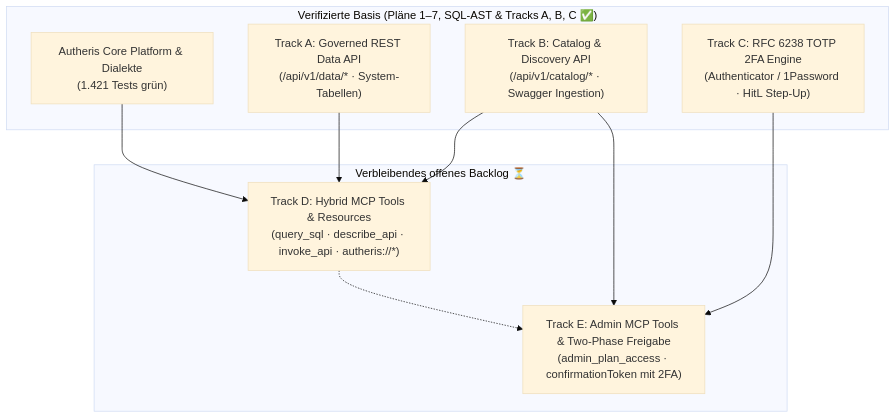
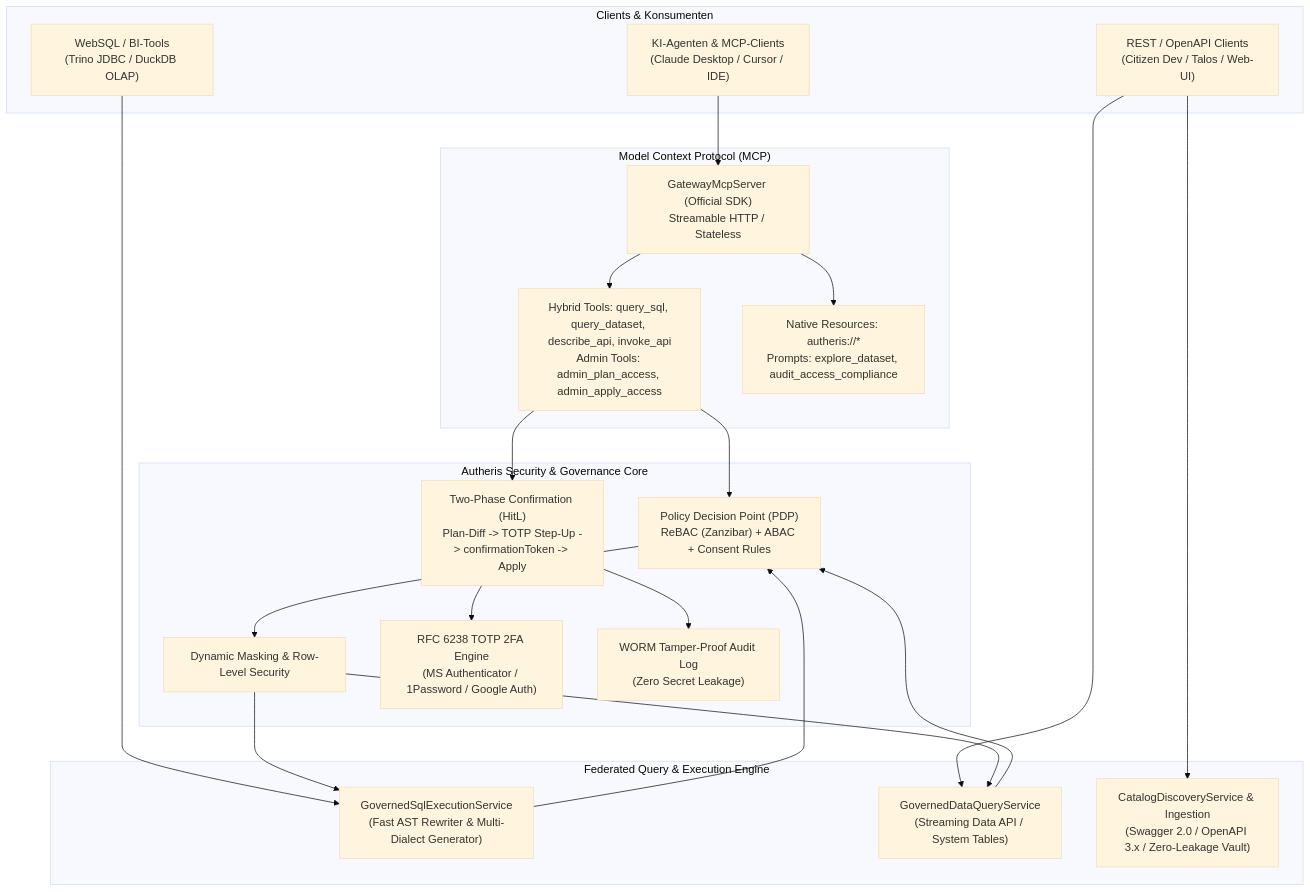
Before and after one commit to themulle/autheris: the diagram in docs/plans/00-gesamtplan-uebersicht.md, drawn with Mermaid (base theme). The commit also changed other lines of this file, not shown here.

Commit message:
docs(plans): mark Plan 8 (Tracks A through E) 100% completed in overview

````diff
--- a/docs/plans/00-gesamtplan-uebersicht.md
+++ b/docs/plans/00-gesamtplan-uebersicht.md
@@ -48,21 +46,46 @@
 ```mermaid
 flowchart TD
-    subgraph Baseline["Verifizierte Basis (Pläne 1–7, SQL-AST & Tracks A, B, C ✅)"]
-        CORE["Autheris Core Platform & Dialekte<br/>(1.421 Tests grün)"]
-        DATA_API["Track A: Governed REST Data API<br/>(/api/v1/data/* · System-Tabellen)"]
-        CATALOG["Track B: Catalog & Discovery API<br/>(/api/v1/catalog/* · Swagger Ingestion)"]
-        TOTP["Track C: RFC 6238 TOTP 2FA Engine<br/>(Authenticator / 1Password · HitL Step-Up)"]
+    subgraph Clients["Clients & Konsumenten"]
+        AI_AGENT["KI-Agenten & MCP-Clients<br/>(Claude Desktop / Cursor / IDE)"]
+        REST_CLIENT["REST / OpenAPI Clients<br/>(Citizen Dev / Talos / Web-UI)"]
+        SQL_CLIENT["WebSQL / BI-Tools<br/>(Trino JDBC / DuckDB OLAP)"]
     end
 
-    subgraph Active["Verbleibendes offenes Backlog ⏳"]
-        TRACK_D["Track D: Hybrid MCP Tools & Resources<br/>(query_sql · describe_api · invoke_api · autheris://*)"]
-        TRACK_E["Track E: Admin MCP Tools & Two-Phase Freigabe<br/>(admin_plan_access · confirmationToken mit 2FA)"]
+    subgraph MCP_Layer["Model Context Protocol (MCP)"]
+        MCP_SERVER["GatewayMcpServer (Official SDK)<br/>Streamable HTTP / Stateless"]
+        MCP_TOOLS["Hybrid Tools: query_sql, query_dataset, describe_api, invoke_api<br/>Admin Tools: admin_plan_access, admin_apply_access"]
+        MCP_RES["Native Resources: autheris://*<br/>Prompts: explore_dataset, audit_access_compliance"]
     end
 
-    CORE --> TRACK_D
-    DATA_API --> TRACK_D
-    CATALOG --> TRACK_D
-    CATALOG --> TRACK_E
-    TOTP --> TRACK_E
-    TRACK_D -.-> TRACK_E
+    subgraph Governance_Layer["Autheris Security & Governance Core"]
+        PDP["Policy Decision Point (PDP)<br/>ReBAC (Zanzibar) + ABAC + Consent Rules"]
+        MASKING["Dynamic Masking & Row-Level Security"]
+        TOTP_2FA["RFC 6238 TOTP 2FA Engine<br/>(MS Authenticator / 1Password / Google Auth)"]
+        HITL["Two-Phase Confirmation (HitL)<br/>Plan-Diff -> TOTP Step-Up -> confirmationToken -> Apply"]
+        WORM["WORM Tamper-Proof Audit Log<br/>(Zero Secret Leakage)"]
+    end
+
+    subgraph Execution_Layer["Federated Query & Execution Engine"]
+        SQL_EXEC["GovernedSqlExecutionService<br/>(Fast AST Rewriter & Multi-Dialect Generator)"]
+        DATA_API["GovernedDataQueryService<br/>(Streaming Data API / System Tables)"]
+        CATALOG["CatalogDiscoveryService & Ingestion<br/>(Swagger 2.0 / OpenAPI 3.x / Zero-Leakage Vault)"]
+    end
+
+    AI_AGENT --> MCP_SERVER
+    REST_CLIENT --> DATA_API
+    REST_CLIENT --> CATALOG
+    SQL_CLIENT --> SQL_EXEC
+
+    MCP_SERVER --> MCP_TOOLS
+    MCP_SERVER --> MCP_RES
+    MCP_TOOLS --> PDP
+    DATA_API --> PDP
+    SQL_EXEC --> PDP
+
+    PDP --> MASKING
+    MCP_TOOLS --> HITL
+    HITL --> TOTP_2FA
+    HITL --> WORM
+    MASKING --> SQL_EXEC
+    MASKING --> DATA_API
 ```
````
